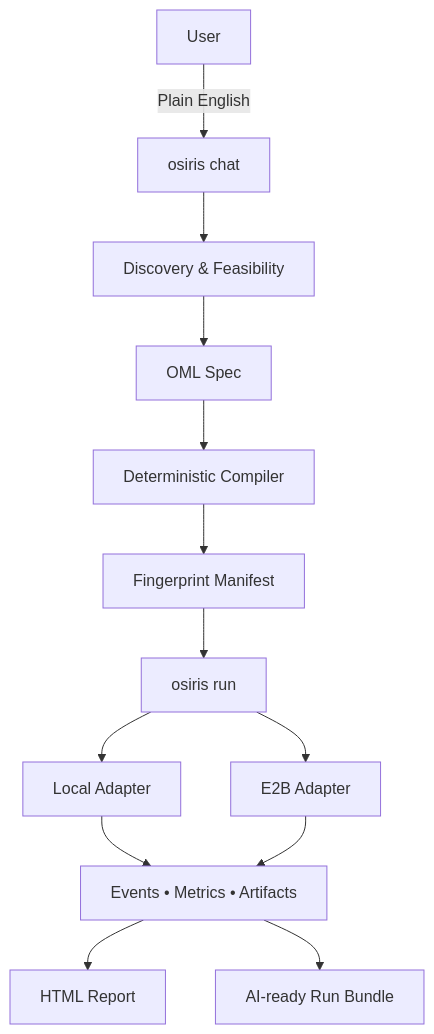
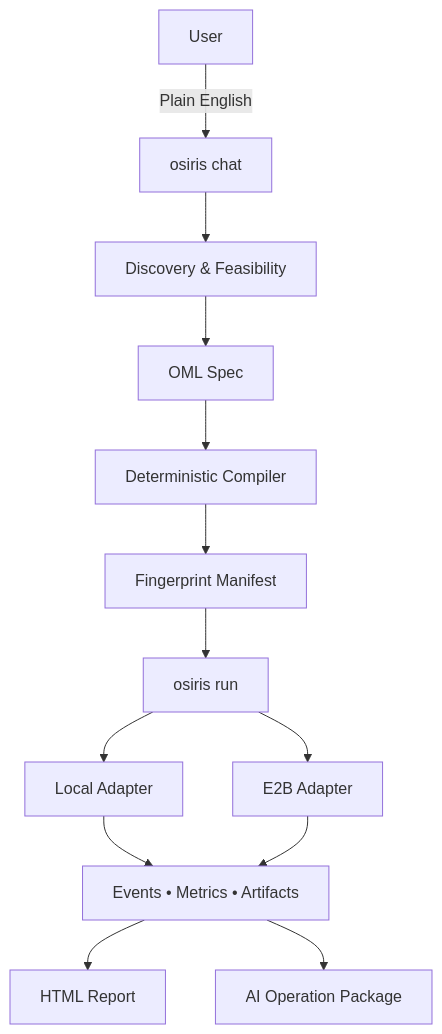
One commit to keboola/osiris changed the diagram in docs/overview.md. Above: the diagram before and after it, drawn with Mermaid. The commit also changed other lines of this file and 7 other files, not shown here.

````diff
--- a/docs/overview.md
+++ b/docs/overview.md
@@ -93,15 +93,15 @@
 ```mermaid
 graph TB
     U[User] -->|Plain English| CHAT[osiris chat]
     CHAT --> DISC[Discovery & Feasibility]
     DISC --> OML[OML Spec]
     OML --> COMP[Deterministic Compiler]
     COMP --> M[Fingerprint Manifest]
     M --> RUN[osiris run]
     RUN --> LCL[Local Adapter]
     RUN --> E2B[E2B Adapter]
     LCL --> OBS[Events • Metrics • Artifacts]
     E2B --> OBS
     OBS --> HTML[HTML Report]
-    OBS --> AIB[AI‑ready Run Bundle]
+    OBS --> AIOP[AI Operation Package]
 ```
````
